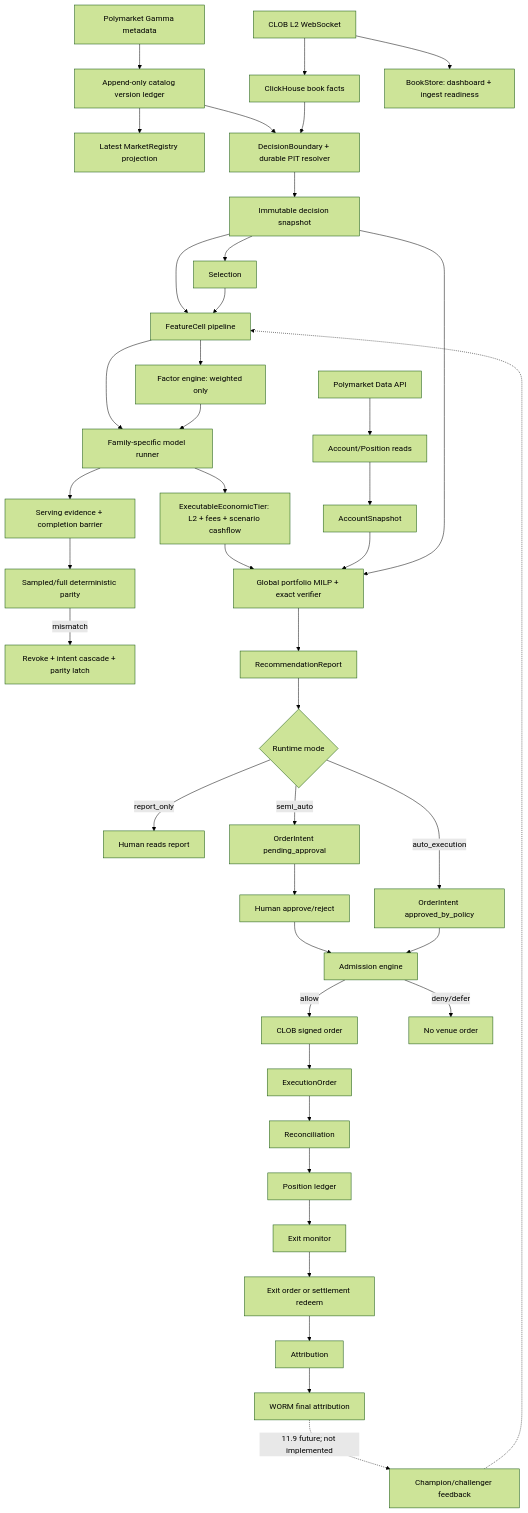
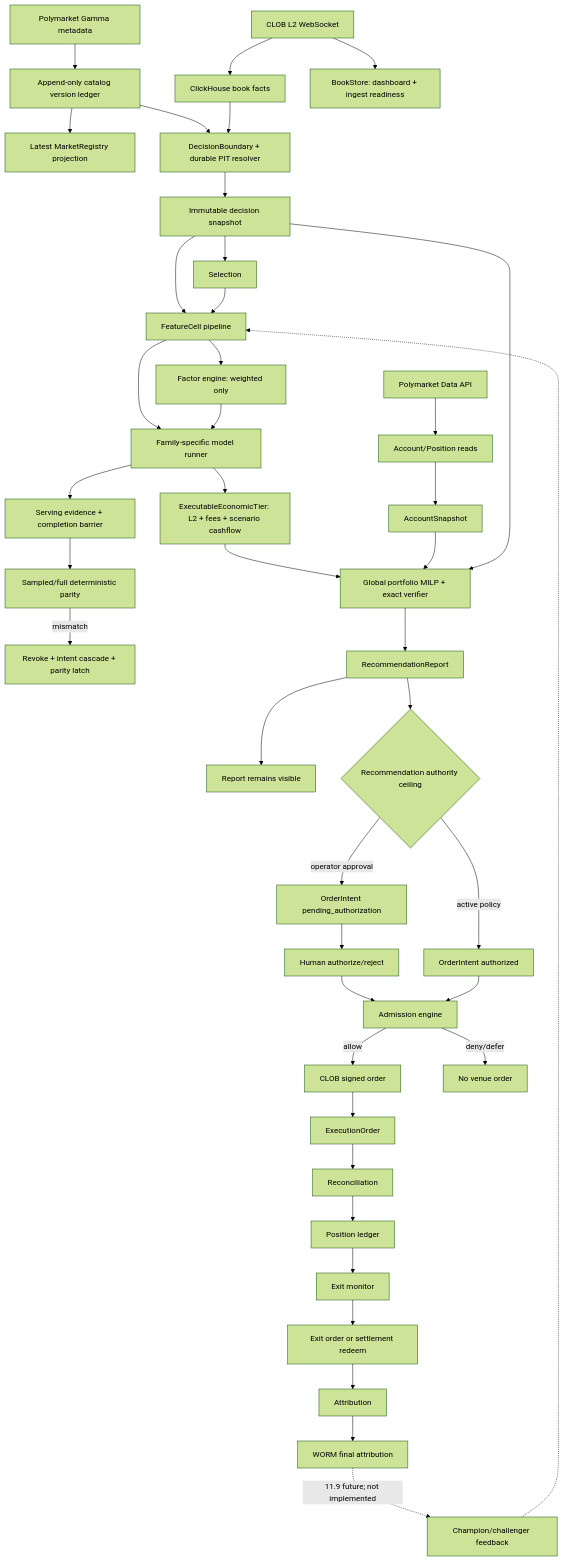
One commit to solomon-ssy/oxide-arb changed the first of 12 diagrams in docs/operations/architecture-and-design.md. Above: the diagram before and after it, drawn with Mermaid (forest theme). The commit also changed other lines of this file and 563 other files, not shown here.

````diff
--- a/docs/operations/architecture-and-design.md
+++ b/docs/operations/architecture-and-design.md
@@ -23,44 +23,44 @@
 ```mermaid
 flowchart TD
     A["Polymarket Gamma metadata"] --> B["Append-only catalog version ledger"]
     B --> BP["Latest MarketRegistry projection"]
     C["CLOB L2 WebSocket"] --> D["ClickHouse book facts"]
     C --> BS["BookStore: dashboard + ingest readiness"]
     DATA["Polymarket Data API"] --> F["Account/Position reads"]
     B --> PIT["DecisionBoundary + durable PIT resolver"]
     D --> PIT
     PIT --> SNAP["Immutable decision snapshot"]
     SNAP --> G["Selection"]
     SNAP --> H["FeatureCell pipeline"]
     G --> H
     H --> J["Family-specific model runner"]
     H --> I["Factor engine: weighted only"]
     I --> J
     J --> EV["Serving evidence + completion barrier"]
     EV --> PAR["Sampled/full deterministic parity"]
     PAR -->|"mismatch"| LATCH["Revoke + intent cascade + parity latch"]
     F --> K["AccountSnapshot"]
     J --> TIER["ExecutableEconomicTier: L2 + fees + scenario cashflow"]
     TIER --> L["Global portfolio MILP + exact verifier"]
     K --> L
     SNAP --> L
     L --> M["RecommendationReport"]
-    M --> N{"Runtime mode"}
-    N -->|"report_only"| O["Human reads report"]
-    N -->|"semi_auto"| P["OrderIntent pending_approval"]
-    N -->|"auto_execution"| Q["OrderIntent approved_by_policy"]
-    P --> R["Human approve/reject"]
+    M --> O["Report remains visible"]
+    M --> N{"Recommendation authority ceiling"}
+    N -->|"operator approval"| P["OrderIntent pending_authorization"]
+    N -->|"active policy"| Q["OrderIntent authorized"]
+    P --> R["Human authorize/reject"]
     R --> S["Admission engine"]
     Q --> S
     S -->|"allow"| T["CLOB signed order"]
     S -->|"deny/defer"| U["No venue order"]
     T --> V["ExecutionOrder"]
     V --> W["Reconciliation"]
     W --> X["Position ledger"]
     X --> Y["Exit monitor"]
     Y --> Z["Exit order or settlement redeem"]
     Z --> AA["Attribution"]
     AA --> WORM["WORM final attribution"]
     WORM -.->|"11.9 future; not implemented"| AB["Champion/challenger feedback"]
     AB -.-> H
 ```
````
